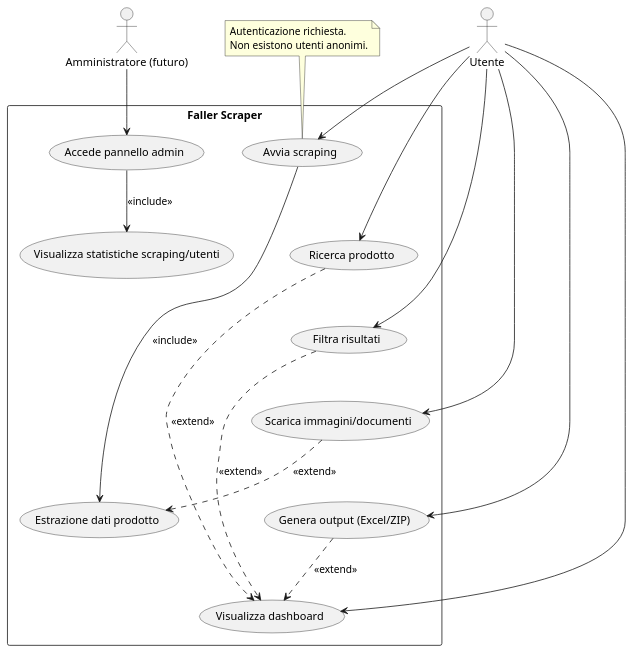
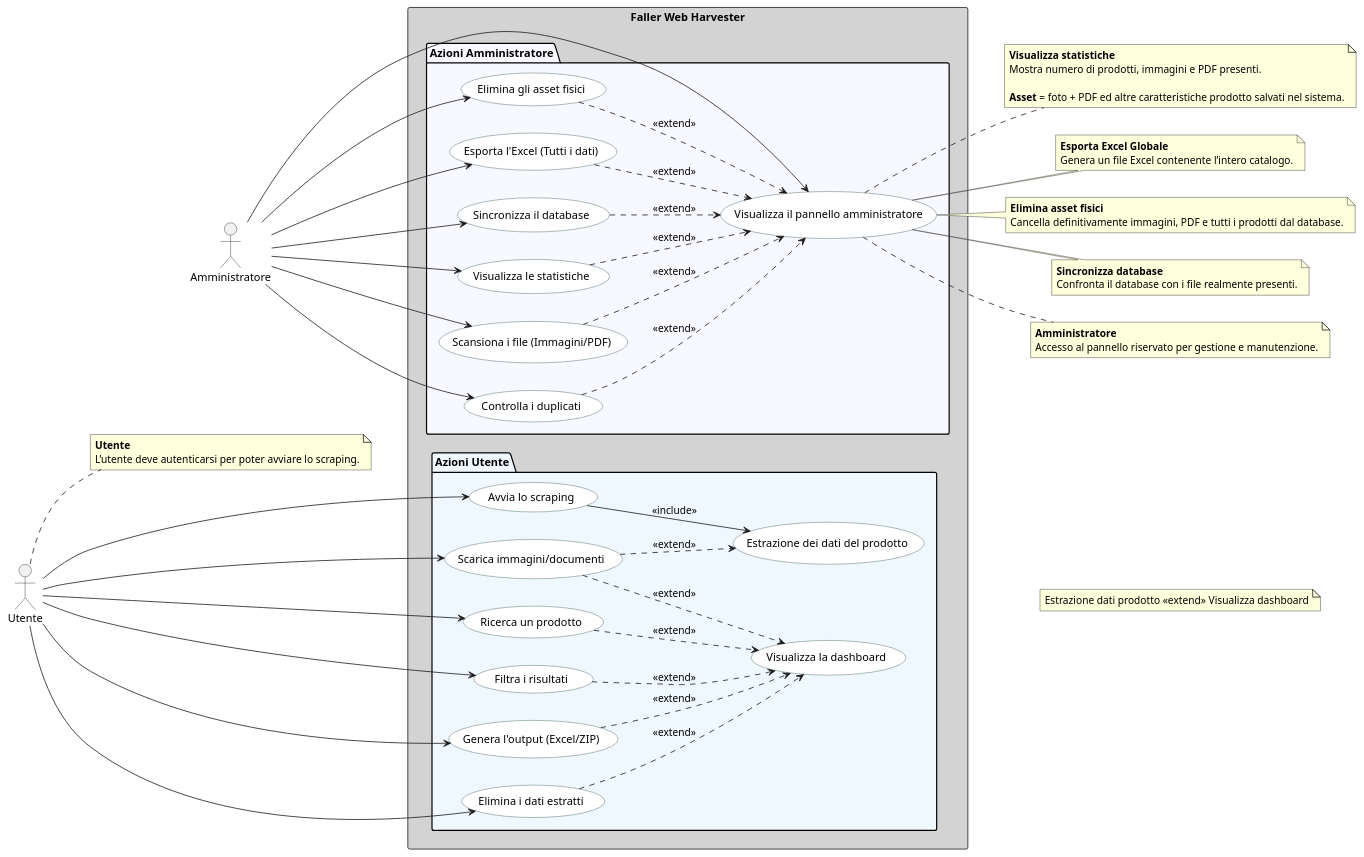
One commit to LucaPontellini/faller-web-harvester changed the diagram in docs/usecase.puml. Above: the diagram before and after it, drawn with PlantUML. The commit also changed 19 other files, not shown here.

```diff
--- a/docs/usecase.puml
+++ b/docs/usecase.puml
@@ -1,48 +1,162 @@
 @startuml
 
-actor Utente
-actor "Amministratore (futuro)" as Admin
+' =============== FALLER WEB HARVESTER - USE CASE =============
 
-rectangle "Faller Scraper" {
+' Diagramma dei casi d’uso del sistema Faller Web Harvester.
+' Include attori, funzionalità utente, funzionalità admin, relazioni include/extend e note esplicative.
 
-    usecase "Avvia scraping" as UC1
-    usecase "Ricerca prodotto" as UC2
-    usecase "Filtra risultati" as UC3
-    usecase "Scarica immagini/documenti" as UC5
-    usecase "Genera output (Excel/ZIP)" as UC6
+left to right direction
 
-    usecase "Estrazione dati prodotto" as UC4
-    usecase "Visualizza dashboard" as UC8
-
-    usecase "Accede pannello admin" as UC12
-    usecase "Visualizza statistiche scraping/utenti" as UC13
-
-    UC1 -[hidden]down-> UC2
-    UC2 -[hidden]down-> UC3
-    UC3 -[hidden]down-> UC5
-    UC5 -[hidden]down-> UC6
+skinparam usecase {
+    BackgroundColor White
+    BorderColor DarkSlateGray
 }
 
-note top of UC1
-Autenticazione richiesta.
-Non esistono utenti anonimi.
+
+
+' =============== ATTORI PRINCIPALI ===========================
+actor Utente
+actor "Amministratore" as Admin
+
+' Spaziatura verticale tra gli attori
+Utente -[hidden]down- Admin
+
+
+
+' =============== SISTEMA =====================================
+rectangle "Faller Web Harvester" #LightGray {
+
+
+
+    ' =============== AZIONI UTENTE ==========================
+    package "Azioni Utente" #AliceBlue {
+
+        ' Casi d’uso principali dell’utente (ordine logico 1→6)
+        usecase "Avvia lo scraping" as UC1
+        usecase "Ricerca un prodotto" as UC2
+        usecase "Filtra i risultati" as UC3
+        usecase "Scarica immagini/documenti" as UC4
+        usecase "Genera l'output (Excel/ZIP)" as UC5
+        usecase "Elimina i dati estratti" as UC6
+
+        ' Casi d’uso interni (non numerati)
+        usecase "Visualizza la dashboard" as UC8
+        usecase "Estrazione dei dati del prodotto" as UC7
+    }
+
+
+
+    ' =============== AZIONI AMMINISTRATORE ==================
+    package "Azioni Amministratore" #GhostWhite {
+
+        usecase "Visualizza il pannello amministratore" as UC12
+
+        ' Casi d’uso principali dell’amministratore (ordine logico 1→6)
+        usecase "Visualizza le statistiche" as UC13
+        usecase "Scansiona i file (Immagini/PDF)" as UC14
+        usecase "Controlla i duplicati" as UC15
+        usecase "Elimina gli asset fisici" as UC16
+        usecase "Esporta l'Excel (Tutti i dati)" as UC17
+        usecase "Sincronizza il database" as UC18
+    }
+}
+
+
+
+' =============== NOTE UTENTE ================================
+note right of Utente
+  **Utente**
+  L’utente deve autenticarsi per poter avviare lo scraping.
 end note
 
+
+
+' =============== NOTE AMMINISTRATORE ========================
+note right of UC12
+  **Amministratore**
+  Accesso al pannello riservato per gestione e manutenzione.
+end note
+
+note right of UC12
+  **Visualizza statistiche**
+  Mostra numero di prodotti, immagini e PDF presenti.
+  
+  **Asset** = foto + PDF ed altre caratteristiche prodotto salvati nel sistema.
+end note
+
+note right of UC12
+  **Esporta Excel Globale**
+  Genera un file Excel contenente l’intero catalogo.
+end note
+
+note right of UC12
+  **Elimina asset fisici**
+  Cancella definitivamente immagini, PDF e tutti i prodotti dal database.
+end note
+
+note right of UC12
+  **Sincronizza database**
+  Confronta il database con i file realmente presenti.
+end note
+
+
+
+' =============== RELAZIONI UTENTE ===========================
 Utente --> UC1
 Utente --> UC2
 Utente --> UC3
+Utente --> UC4
 Utente --> UC5
 Utente --> UC6
-Utente --> UC8
 
-Admin --> UC12
+' Include: lo scraping richiede l’estrazione dei dati
+UC1 --> UC7 : <<include>>
 
-UC1 --> UC4 : <<include>>
-UC12 --> UC13 : <<include>>
+' Extend: il download può richiedere l’estrazione
+UC4 ..> UC7 : <<extend>>
 
-UC5 ..> UC4 : <<extend>>
-UC6 ..> UC8 : <<extend>>
+' Extend verso la dashboard (ricerca, filtri, download, output, eliminazione)
 UC2 ..> UC8 : <<extend>>
 UC3 ..> UC8 : <<extend>>
+UC4 ..> UC8 : <<extend>>
+UC5 ..> UC8 : <<extend>>
+UC6 ..> UC8 : <<extend>>
+
+
+
+' =============== RELAZIONE ESTRAZIONE → DASHBOARD ===========
+
+' Nota: la relazione UML corretta sarebbe:
+'   Estrazione dati prodotto <<extend>> Visualizza dashboard
+'
+' Tuttavia, PlantUML riorganizza il layout se si disegna la freccia, compromettendo la leggibilità del diagramma.
+' Per questo motivo la relazione è documentata tramite nota, pur rimanendo valida nel modello concettuale.
+
+note as EXTNOTE
+  Estrazione dati prodotto <<extend>> Visualizza dashboard
+end note
+
+' Posizionamento controllato della nota (linee invisibili)
+UC7 -[hidden]-> EXTNOTE
+EXTNOTE -[hidden]-> UC8
+
+
+
+' =============== RELAZIONI AMMINISTRATORE ===================
+Admin --> UC12
+Admin --> UC13
+Admin --> UC14
+Admin --> UC15
+Admin --> UC16
+Admin --> UC17
+Admin --> UC18
+
+' Tutte le funzioni amministrative estendono il pannello admin
+UC13 ..> UC12 : <<extend>>
+UC14 ..> UC12 : <<extend>>
+UC15 ..> UC12 : <<extend>>
+UC16 ..> UC12 : <<extend>>
+UC17 ..> UC12 : <<extend>>
+UC18 ..> UC12 : <<extend>>
 
 @enduml
```
